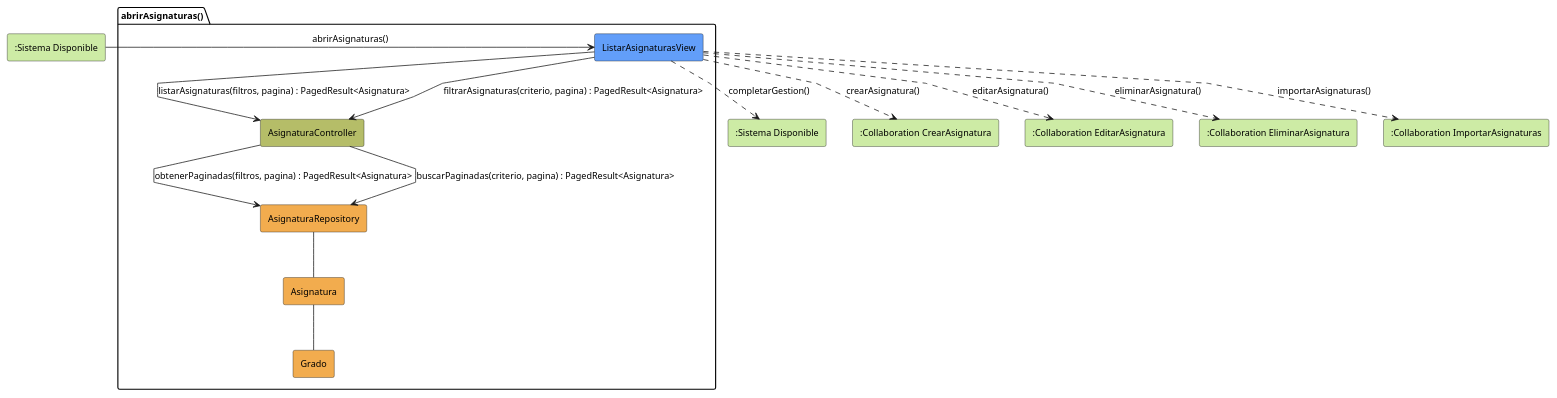
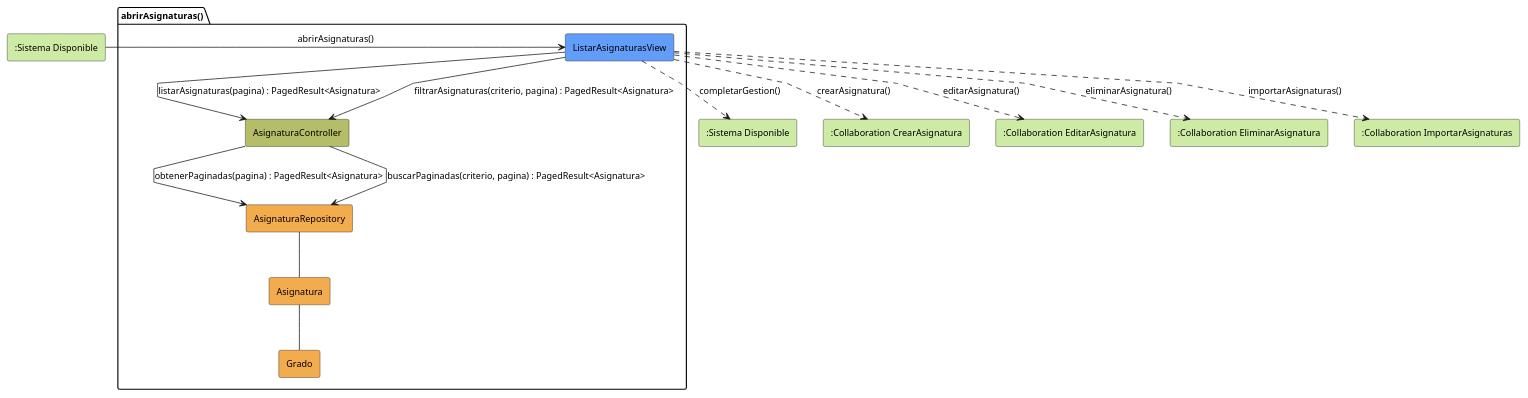
The diagram in modelosUML/01-analisis/casos-uso/abrirAsignaturas/colaboracion.puml (carlos-alvarado-25/25-26-idsw2-sdVC), drawn with PlantUML before and after one commit. The commit also changed 15 other files, not shown here.

```diff
--- a/modelosUML/01-analisis/casos-uso/abrirAsignaturas/colaboracion.puml
+++ b/modelosUML/01-analisis/casos-uso/abrirAsignaturas/colaboracion.puml
@@ -1,43 +1,43 @@
 @startuml abrirAsignaturas-analisis
 skinparam backgroundColor white
 skinparam shadowing false
 skinparam DefaultFontColor black
 skinparam DefaultFontSize 12
 skinparam linetype polyline
 
 rectangle #CDEBA5 ":Sistema Disponible" as SistemaDisponible
 
 package abrirAsignaturas as "abrirAsignaturas()" {
     rectangle #629EF9 ListarAsignaturasView
     rectangle #b5bd68 AsignaturaController
     rectangle #F2AC4E AsignaturaRepository
     rectangle #F2AC4E Asignatura
     rectangle #F2AC4E Grado
 }
 
 rectangle #CDEBA5 ":Sistema Disponible" as SistemaDisponibleSalida
 rectangle #CDEBA5 ":Collaboration CrearAsignatura" as CrearAsignatura
 rectangle #CDEBA5 ":Collaboration EditarAsignatura" as EditarAsignatura
 rectangle #CDEBA5 ":Collaboration EliminarAsignatura" as EliminarAsignatura
 rectangle #CDEBA5 ":Collaboration ImportarAsignaturas" as ImportarAsignaturas
 
 SistemaDisponible -r-> ListarAsignaturasView: abrirAsignaturas()
 
-ListarAsignaturasView -d-> AsignaturaController: listarAsignaturas(filtros, pagina) : PagedResult<Asignatura>
+ListarAsignaturasView -d-> AsignaturaController: listarAsignaturas(pagina) : PagedResult<Asignatura>
 
-AsignaturaController --> AsignaturaRepository: obtenerPaginadas(filtros, pagina) : PagedResult<Asignatura>
+AsignaturaController --> AsignaturaRepository: obtenerPaginadas(pagina) : PagedResult<Asignatura>
 
 AsignaturaRepository -- Asignatura
 Asignatura -- Grado
 
 ListarAsignaturasView --> AsignaturaController: filtrarAsignaturas(criterio, pagina) : PagedResult<Asignatura>
 
 AsignaturaController --> AsignaturaRepository: buscarPaginadas(criterio, pagina) : PagedResult<Asignatura>
 
 ListarAsignaturasView ..> SistemaDisponibleSalida: completarGestion()
 ListarAsignaturasView ..> CrearAsignatura: crearAsignatura()
 ListarAsignaturasView ..> EditarAsignatura: editarAsignatura()
 ListarAsignaturasView ..> EliminarAsignatura: eliminarAsignatura()
 ListarAsignaturasView ..> ImportarAsignaturas: importarAsignaturas()
 
 @enduml
```
